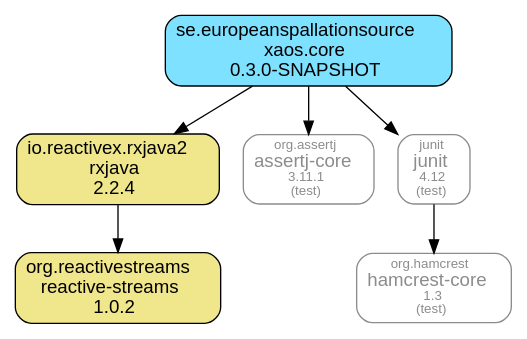
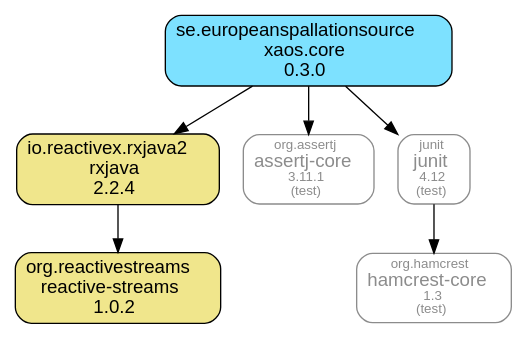
The diagram in xaos.core.module/doc/maven-dependencies.dot (ESSICS/XAOS), drawn with Graphviz before and after one commit. The commit also changed 15 other files, not shown here.

```diff
--- a/xaos.core.module/doc/maven-dependencies.dot
+++ b/xaos.core.module/doc/maven-dependencies.dot
@@ -1,19 +1,19 @@
 digraph "xaos.core" {
   node [shape="box",style="rounded",fontname="Helvetica",fontsize="14"]
   edge [fontsize="10",fontname="Helvetica"]
 
   // Node Definitions:
   "io.reactivex.rxjava2:rxjava:jar"[shape="box",style="rounded, filled",fillcolor="khaki",label=<io.reactivex.rxjava2<br/>rxjava<br/>2.2.4>]
   "org.reactivestreams:reactive-streams:jar"[shape="box",style="rounded, filled",fillcolor="khaki",label=<org.reactivestreams<br/>reactive-streams<br/>1.0.2>]
-  "se.europeanspallationsource:xaos.core:jar"[shape="box",style="rounded, filled",fillcolor="#7DE1FF",label=<se.europeanspallationsource<br/>xaos.core<br/>0.3.0-SNAPSHOT>]
+  "se.europeanspallationsource:xaos.core:jar"[shape="box",style="rounded, filled",fillcolor="#7DE1FF",label=<se.europeanspallationsource<br/>xaos.core<br/>0.3.0>]
   "org.assertj:assertj-core:jar"[shape="box",style="rounded",color="grey55",fontname="Helvetica",fontsize="14",fontcolor="grey55",label=<<font color="grey55" point-size="10">org.assertj</font><br/>assertj-core<font color="grey55" point-size="10"><br/>3.11.1</font><font color="grey55" point-size="10"><br/>(test)</font>>]
   "junit:junit:jar"[shape="box",style="rounded",color="grey55",fontname="Helvetica",fontsize="14",fontcolor="grey55",label=<<font color="grey55" point-size="10">junit</font><br/>junit<font color="grey55" point-size="10"><br/>4.12</font><font color="grey55" point-size="10"><br/>(test)</font>>]
   "org.hamcrest:hamcrest-core:jar"[shape="box",style="rounded",color="grey55",fontname="Helvetica",fontsize="14",fontcolor="grey55",label=<<font color="grey55" point-size="10">org.hamcrest</font><br/>hamcrest-core<font color="grey55" point-size="10"><br/>1.3</font><font color="grey55" point-size="10"><br/>(test)</font>>]
 
   // Edge Definitions:
   "io.reactivex.rxjava2:rxjava:jar" -> "org.reactivestreams:reactive-streams:jar"
   "se.europeanspallationsource:xaos.core:jar" -> "io.reactivex.rxjava2:rxjava:jar"
   "se.europeanspallationsource:xaos.core:jar" -> "org.assertj:assertj-core:jar"
   "junit:junit:jar" -> "org.hamcrest:hamcrest-core:jar"
   "se.europeanspallationsource:xaos.core:jar" -> "junit:junit:jar"
 }
```
